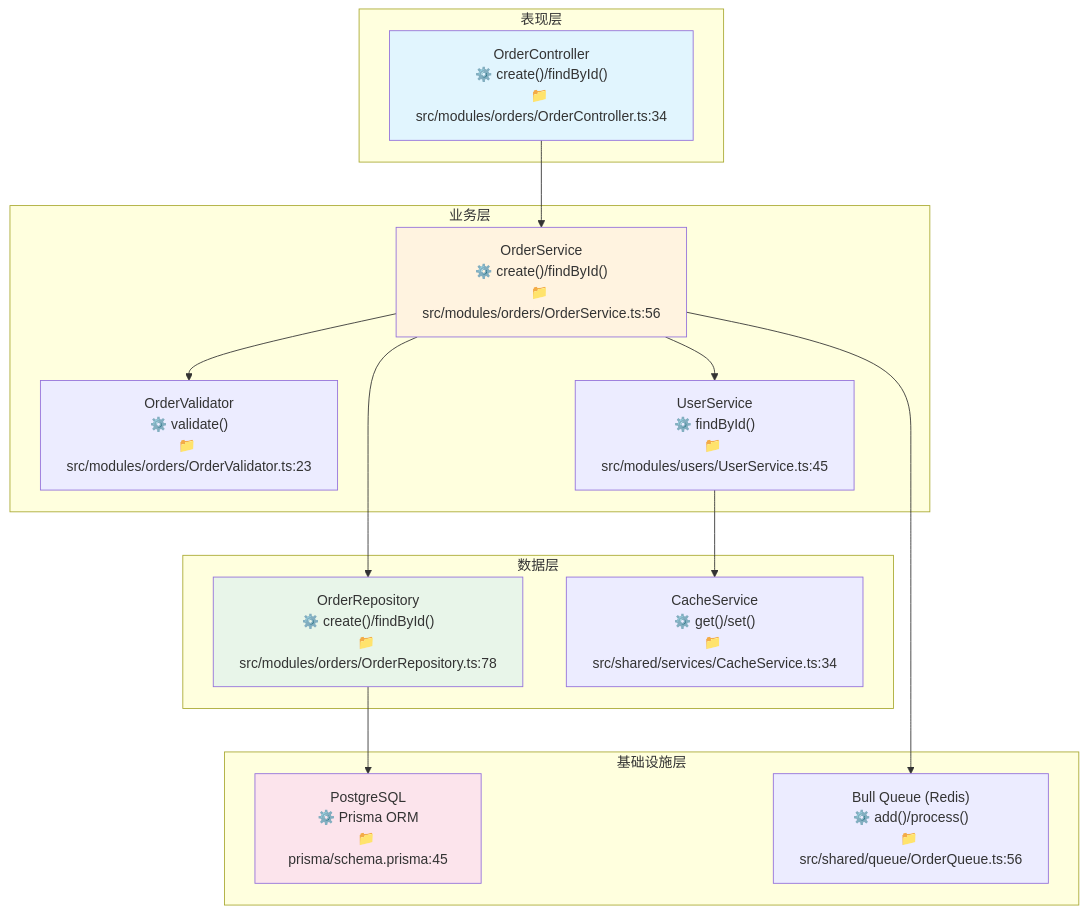
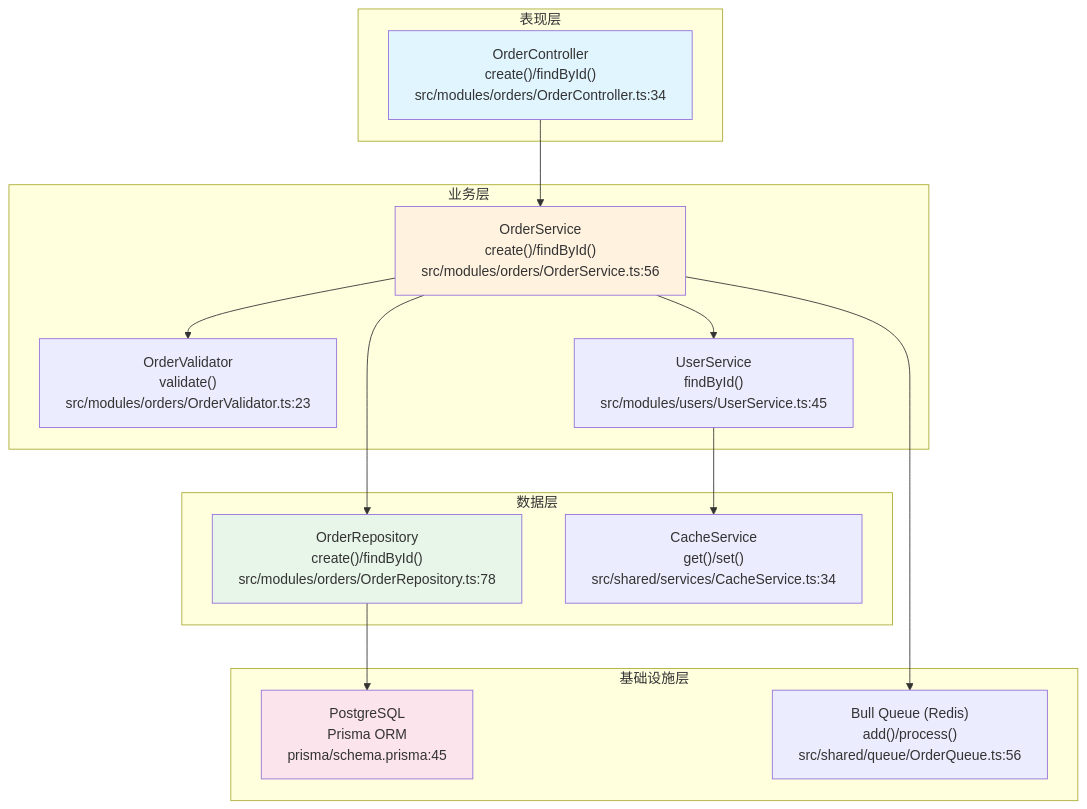
The fourth of 4 diagrams in references/nodejs-template.md (CaostGrace/project-arch-reverse), drawn with Mermaid before and after one commit. The commit also changed other lines of this file and 10 other files, not shown here.

Commit message:
fix: 修复 12.1 流程图 Mermaid 渲染问题 - 结构重组+节点引号+形状修复

````diff
--- a/references/nodejs-template.md
+++ b/references/nodejs-template.md
@@ -446,35 +458,36 @@
 ```mermaid
 flowchart TB
     subgraph Presentation[表现层]
-        ORDER_CTRL["OrderController<br/>⚙️ create()/findById()<br/>📁 src/modules/orders/OrderController.ts:34"]
+        ORDER_CTRL["OrderController<br>create()/findById()<br>src/modules/orders/OrderController.ts:34"]
+    end
+    subgraph Business[业务层]
+        ORDER_SVC["OrderService<br>create()/findById()<br>src/modules/orders/OrderService.ts:56"]
+        ORDER_VALIDATOR["OrderValidator<br>validate()<br>src/modules/orders/OrderValidator.ts:23"]
+        USER_SVC["UserService<br>findById()<br>src/modules/users/UserService.ts:45"]
+    end
+    subgraph Data[数据层]
+        ORDER_REPO["OrderRepository<br>create()/findById()<br>src/modules/orders/OrderRepository.ts:78"]
+        CACHE["CacheService<br>get()/set()<br>src/shared/services/CacheService.ts:34"]
+    end
+    subgraph Infrastructure[基础设施层]
+        DB["PostgreSQL<br>Prisma ORM<br>prisma/schema.prisma:45"]
+        QUEUE["Bull Queue (Redis)<br>add()/process()<br>src/shared/queue/OrderQueue.ts:56"]
     end
 
-    subgraph Business[业务层]
-        ORDER_SVC["OrderService<br/>⚙️ create()/findById()<br/>📁 src/modules/orders/OrderService.ts:56"]
-        ORDER_VALIDATOR["OrderValidator<br/>⚙️ validate()<br/>📁 src/modules/orders/OrderValidator.ts:23"]
-        USER_SVC["UserService<br/>⚙️ findById()<br/>📁 src/modules/users/UserService.ts:45"]
-    end
 
-    subgraph Data[数据层]
-        ORDER_REPO["OrderRepository<br/>⚙️ create()/findById()<br/>📁 src/modules/orders/OrderRepository.ts:78"]
-        CACHE["CacheService<br/>⚙️ get()/set()<br/>📁 src/shared/services/CacheService.ts:34"]
-    end
 
-    subgraph Infrastructure[基础设施层]
-        DB["PostgreSQL<br/>⚙️ Prisma ORM<br/>📁 prisma/schema.prisma:45"]
-        QUEUE["Bull Queue (Redis)<br/>⚙️ add()/process()<br/>📁 src/shared/queue/OrderQueue.ts:56"]
-    end
 
-    ORDER_CTRL --> ORDER_SVC
-    ORDER_SVC --> ORDER_VALIDATOR
-    ORDER_SVC --> USER_SVC
-    ORDER_SVC --> ORDER_REPO
-    USER_SVC --> CACHE
-    ORDER_REPO --> DB
-    ORDER_SVC --> QUEUE
 
-    style ORDER_CTRL fill:#e1f5fe
-    style ORDER_SVC fill:#fff3e0
-    style ORDER_REPO fill:#e8f5e9
-    style DB fill:#fce4ec
+ORDER_CTRL --> ORDER_SVC
+ORDER_SVC --> ORDER_VALIDATOR
+ORDER_SVC --> USER_SVC
+ORDER_SVC --> ORDER_REPO
+USER_SVC --> CACHE
+ORDER_REPO --> DB
+ORDER_SVC --> QUEUE
+
+style ORDER_CTRL fill:#e1f5fe
+style ORDER_SVC fill:#fff3e0
+style ORDER_REPO fill:#e8f5e9
+style DB fill:#fce4ec
 ```
````
